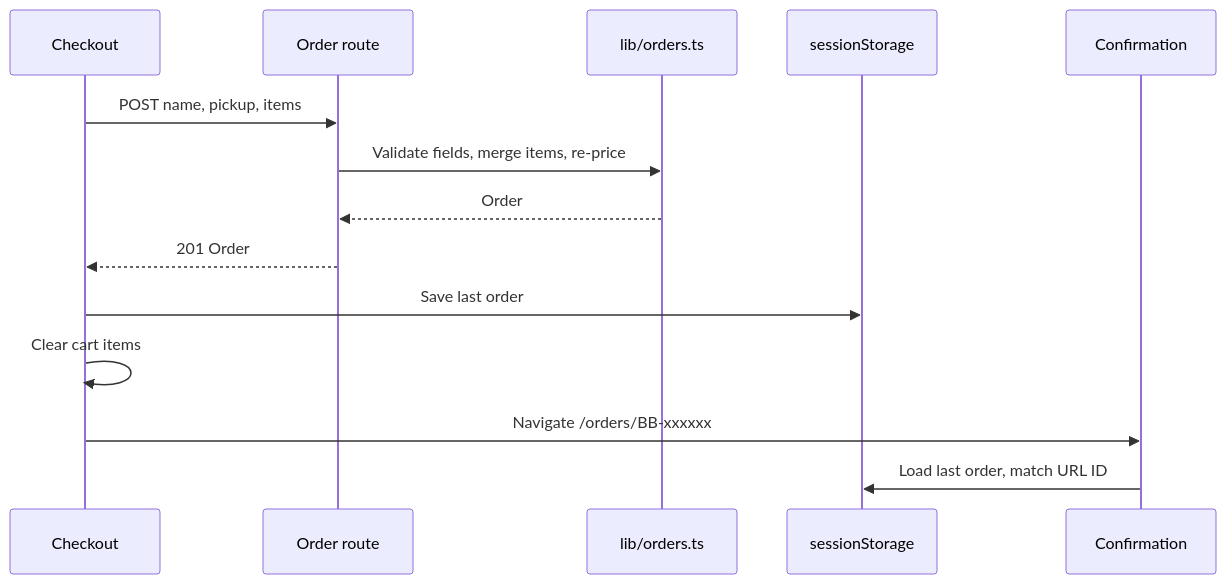
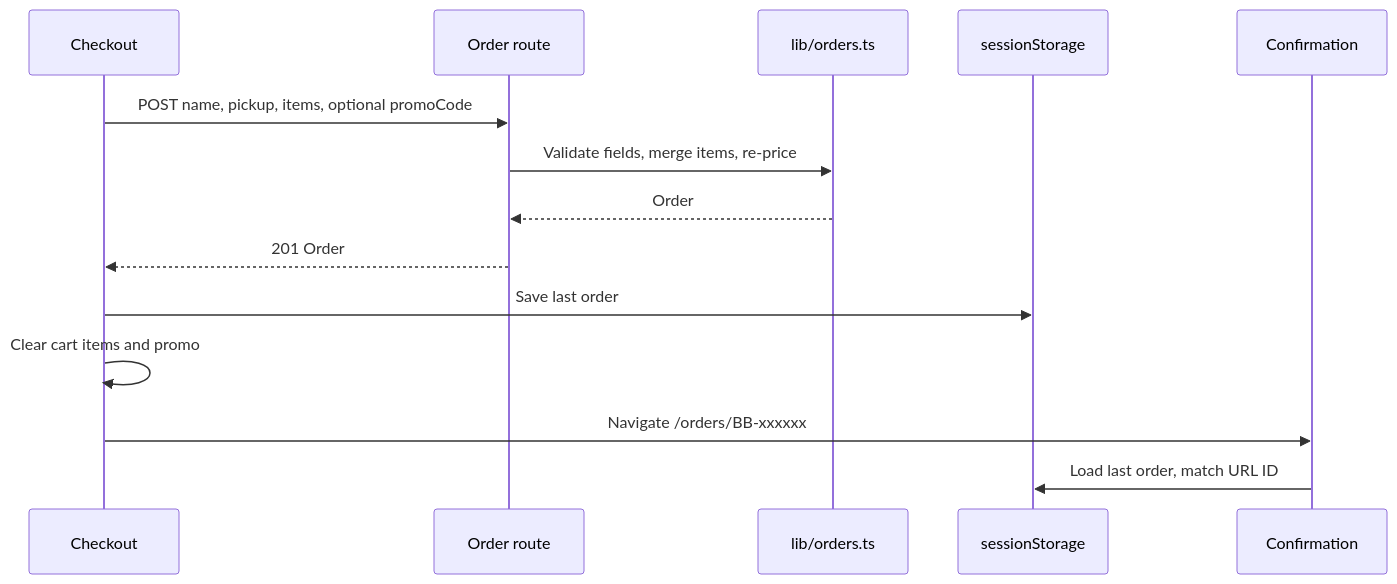
The diagram in droid-wiki/features/checkout.md (FactoryDemo/demo-storefront-practice), drawn with Mermaid before and after one commit. The commit also changed other lines of this file and 16 other files, not shown here.

````diff
--- a/droid-wiki/features/checkout.md
+++ b/droid-wiki/features/checkout.md
@@ -29,16 +30,16 @@
 ```mermaid
 sequenceDiagram
   participant C as Checkout
   participant A as Order route
   participant L as lib/orders.ts
   participant S as sessionStorage
   participant P as Confirmation
-  C->>A: POST name, pickup, items
+  C->>A: POST name, pickup, items, optional promoCode
   A->>L: Validate fields, merge items, re-price
   L-->>A: Order
   A-->>C: 201 Order
   C->>S: Save last order
-  C->>C: Clear cart items
+  C->>C: Clear cart items and promo
   C->>P: Navigate /orders/BB-xxxxxx
   P->>S: Load last order, match URL ID
 ```
````
